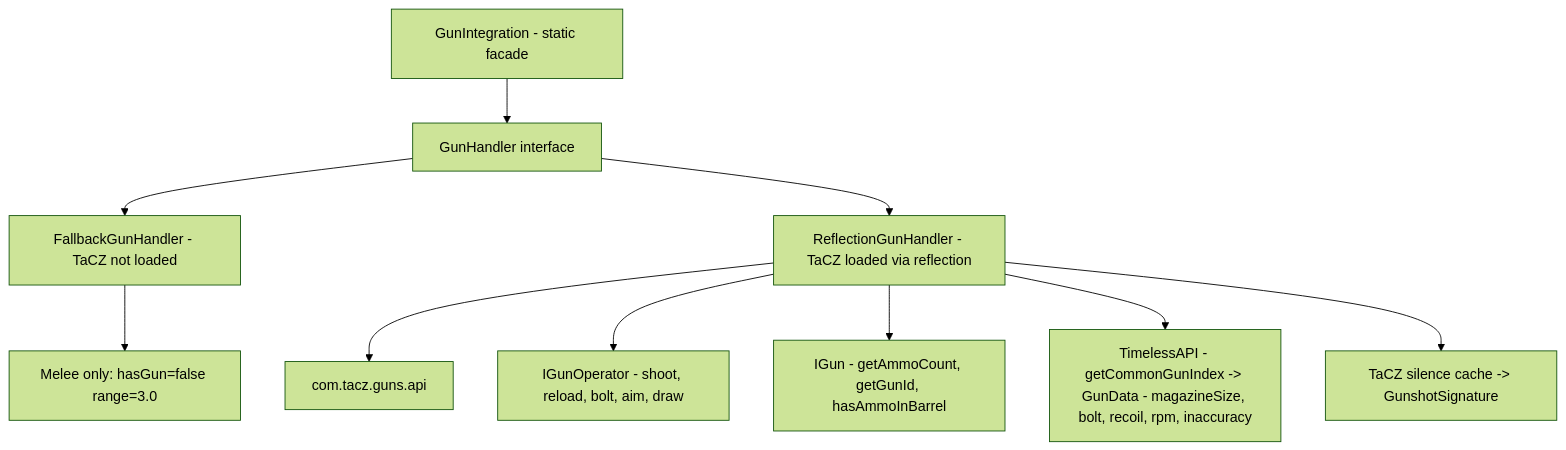
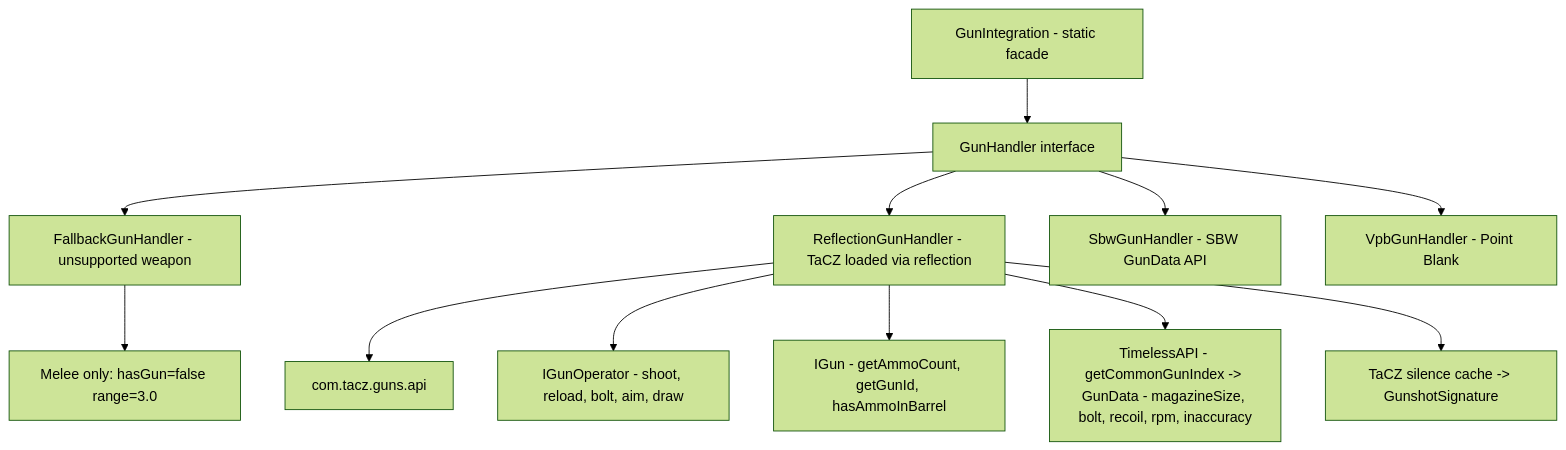
Diagram 20 of 27 in ARCHITECTURE.md (rics9t/steves-army-sbw), drawn with Mermaid (forest theme) before and after one commit. The commit also changed other lines of this file and 24 other files, not shown here.

````diff
--- a/ARCHITECTURE.md
+++ b/ARCHITECTURE.md
@@ -757,14 +757,16 @@
 ```mermaid
 flowchart TD
     GI["GunIntegration - static facade"] --> IF[GunHandler interface]
-    IF --> FALLBACK["FallbackGunHandler - TaCZ not loaded"]
+    IF --> FALLBACK["FallbackGunHandler - unsupported weapon"]
     IF --> REFLECT["ReflectionGunHandler - TaCZ loaded via reflection"]
+    IF --> SBW["SbwGunHandler - SBW GunData API"]
+    IF --> VPB["VpbGunHandler - Point Blank"]
     
     FALLBACK --> MELEE["Melee only: hasGun=false range=3.0"]
     REFLECT --> TACZ[com.tacz.guns.api]
     
     REFLECT --> OPERATOR["IGunOperator - shoot, reload, bolt, aim, draw"]
     REFLECT --> IGUN["IGun - getAmmoCount, getGunId, hasAmmoInBarrel"]
     REFLECT --> TIMELESS["TimelessAPI - getCommonGunIndex -> GunData - magazineSize, bolt, recoil, rpm, inaccuracy"]
     REFLECT --> SIGNATURE["TaCZ silence cache -> GunshotSignature"]
 ```
````
